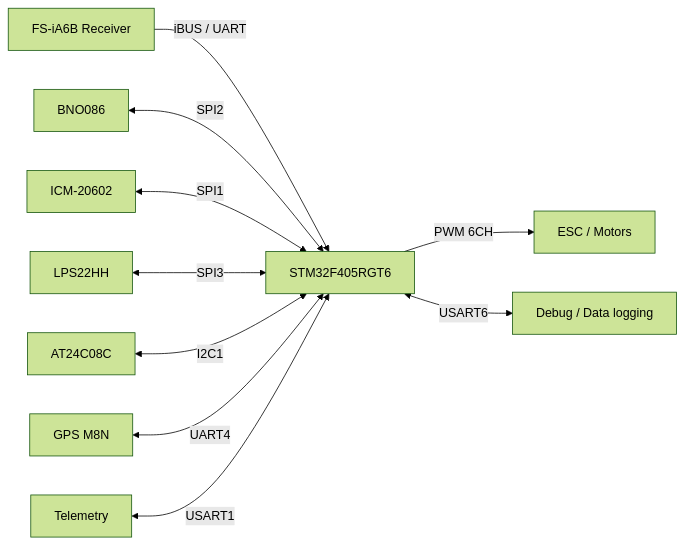
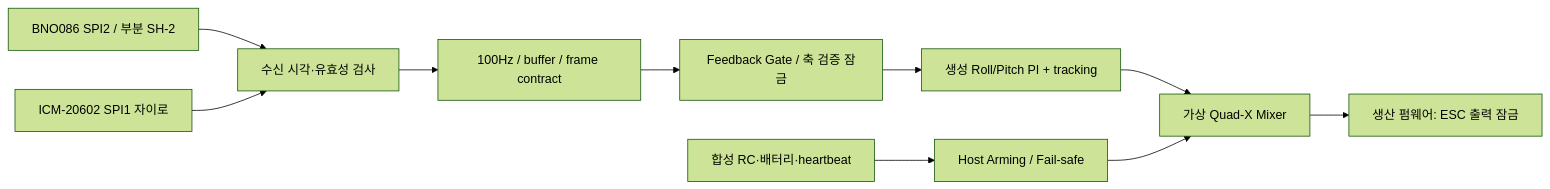
One commit to hjus36/STM32-Flight-System changed the diagram in README.md. Above: the diagram before and after it, drawn with Mermaid (forest theme). The commit also changed other lines of this file and 170 other files, not shown here.

````diff
--- a/README.md
+++ b/README.md
@@ -45,12 +56,12 @@
 ```mermaid
 flowchart LR
-    RC[FS-iA6B Receiver] -->|iBUS / UART| MCU[STM32F405RGT6]
-    BNO[BNO086] <-->|SPI2| MCU
-    ICM[ICM-20602] <-->|SPI1| MCU
-    BARO[LPS22HH] <-->|SPI3| MCU
-    EEPROM[AT24C08C] <-->|I2C1| MCU
-    GPS[GPS M8N] <-->|UART4| MCU
-    RADIO[Telemetry] <-->|USART1| MCU
-    MCU -->|PWM 6CH| ESC[ESC / Motors]
-    MCU <-->|USART6| HOST[Debug / Data logging]
+    A[BNO086 SPI2 / 부분 SH-2] --> T[수신 시각·유효성 검사]
+    B[ICM-20602 SPI1 자이로] --> T
+    T --> S[100Hz / buffer / frame contract]
+    S --> G[Feedback Gate / 축 검증 잠금]
+    G --> C[생성 Roll/Pitch PI + tracking]
+    C --> M[가상 Quad-X Mixer]
+    R[합성 RC·배터리·heartbeat] --> F[Host Arming / Fail-safe]
+    F --> M
+    M --> L[생산 펌웨어: ESC 출력 잠금]
 ```
````
